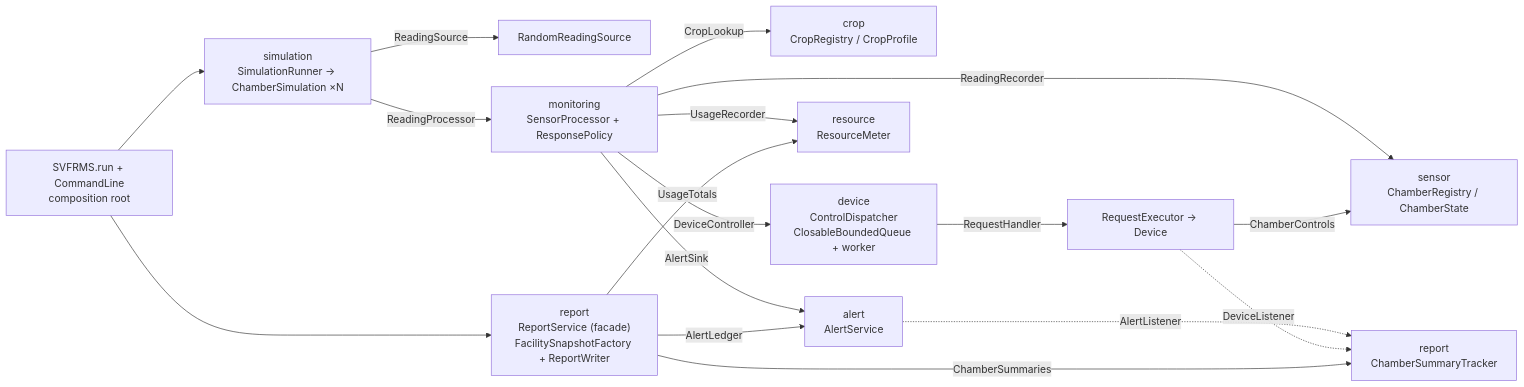
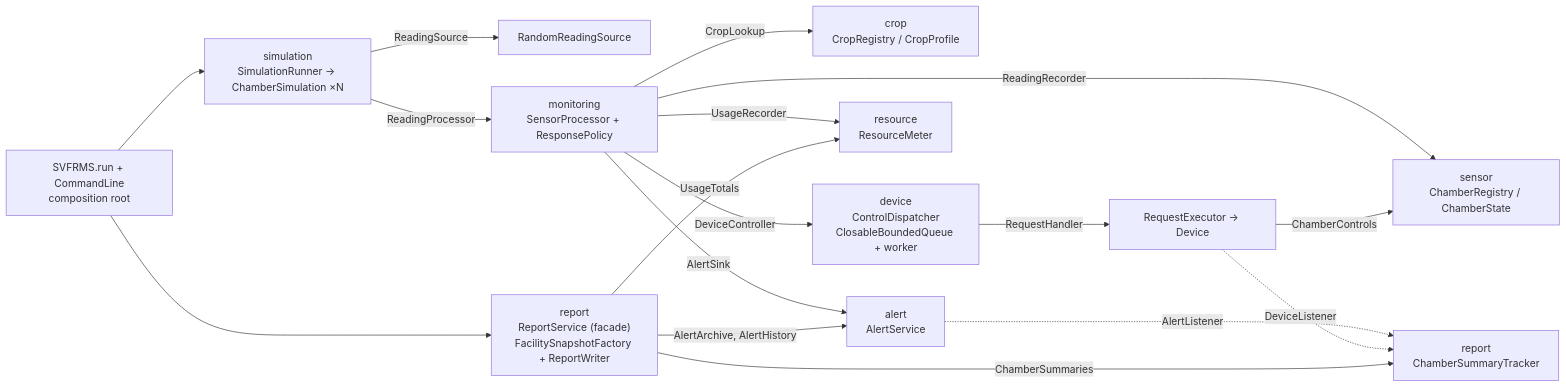
Before and after one commit to jarenlimhaan/se301-svfrms: the first of 4 diagrams in README.md, drawn with Mermaid. The commit also changed other lines of this file and 20 other files, not shown here.

````diff
--- a/README.md
+++ b/README.md
@@ -112,19 +112,19 @@
 ```mermaid
 flowchart LR
     Main["SVFRMS.run + CommandLine<br/>composition root"] --> Sim["simulation<br/>SimulationRunner → ChamberSimulation ×N"]
     Sim -->|ReadingSource| RS["RandomReadingSource"]
     Sim -->|ReadingProcessor| SP["monitoring<br/>SensorProcessor + ResponsePolicy"]
     SP -->|CropLookup| CR["crop<br/>CropRegistry / CropProfile"]
     SP -->|ReadingRecorder| CH["sensor<br/>ChamberRegistry / ChamberState"]
     SP -->|AlertSink| AS["alert<br/>AlertService"]
     SP -->|UsageRecorder| RM["resource<br/>ResourceMeter"]
     SP -->|DeviceController| CD["device<br/>ControlDispatcher<br/>ClosableBoundedQueue + worker"]
     CD -->|RequestHandler| EX["RequestExecutor → Device"]
     EX -->|ChamberControls| CH
     AS -.AlertListener.-> CST["report<br/>ChamberSummaryTracker"]
     EX -.DeviceListener.-> CST
     Main --> REP["report<br/>ReportService (facade)<br/>FacilitySnapshotFactory + ReportWriter"]
-    REP -->|AlertLedger| AS
+    REP -->|AlertArchive, AlertHistory| AS
     REP -->|UsageTotals| RM
     REP -->|ChamberSummaries| CST
 ```
````
